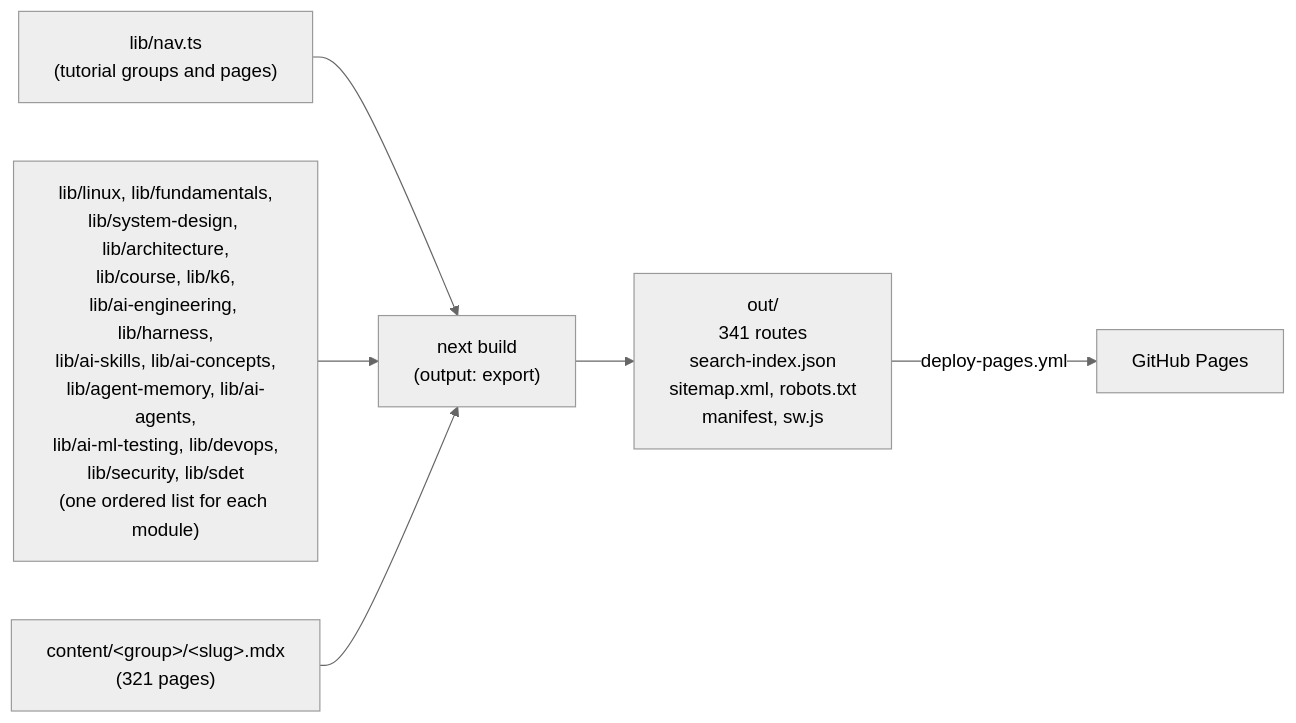
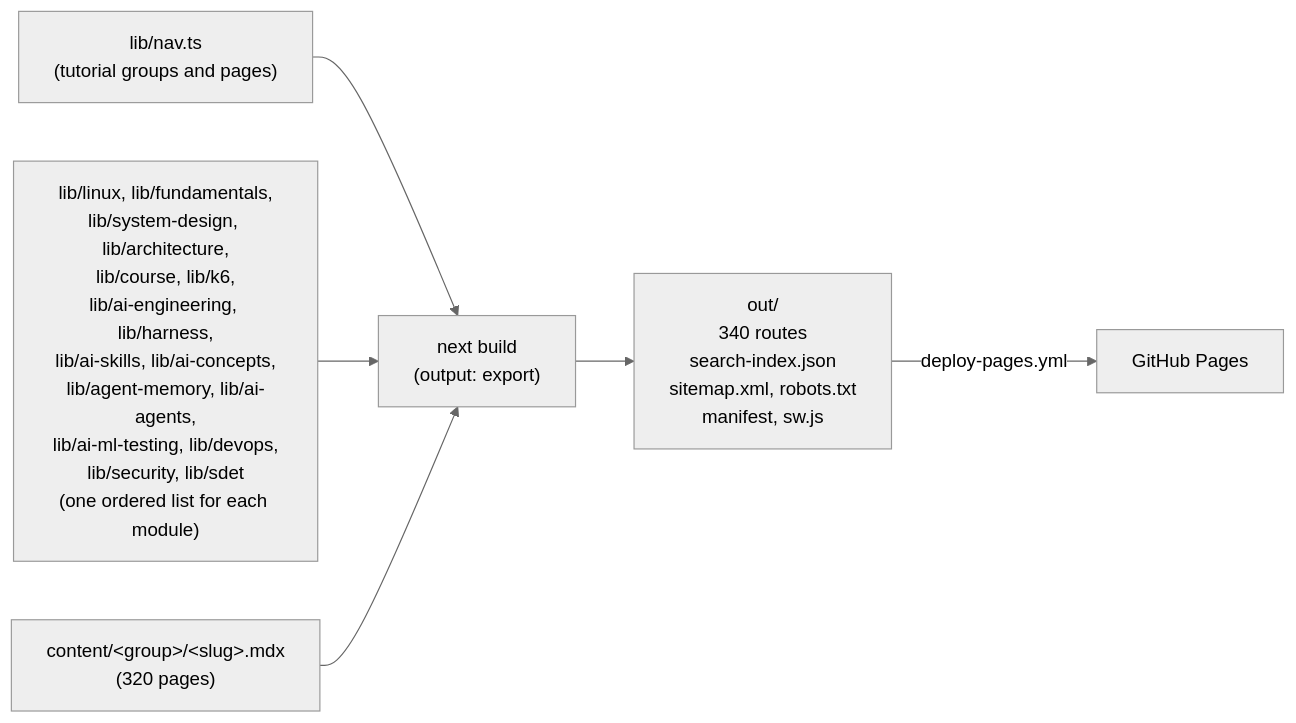
One commit to kawsar-95/ai-testing-guide changed the diagram in docs/ARCHITECTURE.md. Above: the diagram before and after it, drawn with Mermaid (neutral theme). The commit also changed other lines of this file and 9 other files, not shown here.

First line of the commit message:
docs: describe the SDET Roadmap with 9 pages and 11 links

````diff
--- a/docs/ARCHITECTURE.md
+++ b/docs/ARCHITECTURE.md
@@ -9,15 +9,15 @@
 ```mermaid
 flowchart LR
   nav["lib/nav.ts<br/>(tutorial groups and pages)"]
   mods["lib/linux, lib/fundamentals,<br/>lib/system-design, lib/architecture,<br/>lib/course, lib/k6,<br/>lib/ai-engineering, lib/harness,<br/>lib/ai-skills, lib/ai-concepts,<br/>lib/agent-memory, lib/ai-agents,<br/>lib/ai-ml-testing, lib/devops,<br/>lib/security, lib/sdet<br/>(one ordered list for each module)"]
-  mdx["content/&lt;group&gt;/&lt;slug&gt;.mdx<br/>(321 pages)"]
+  mdx["content/&lt;group&gt;/&lt;slug&gt;.mdx<br/>(320 pages)"]
   build["next build<br/>(output: export)"]
-  out["out/<br/>341 routes<br/>search-index.json<br/>sitemap.xml, robots.txt<br/>manifest, sw.js"]
+  out["out/<br/>340 routes<br/>search-index.json<br/>sitemap.xml, robots.txt<br/>manifest, sw.js"]
   pages["GitHub Pages"]
 
   nav --> build
   mods --> build
   mdx --> build
   build --> out
   out -->|deploy-pages.yml| pages
 ```
````
